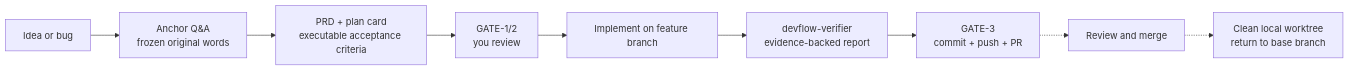
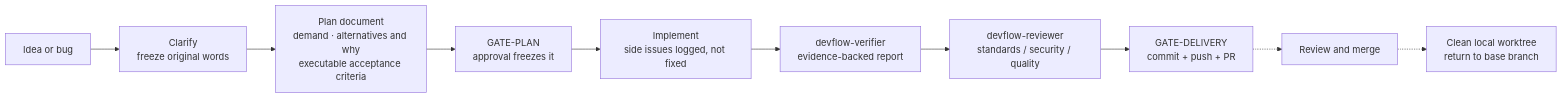
One commit to starme/devflow changed the diagram in README.md. Above: the diagram before and after it, drawn with Mermaid. The commit also changed other lines of this file and 24 other files, not shown here.

First line of the commit message:
feat!: merge the demand-side gate and add independent review

````diff
--- a/README.md
+++ b/README.md
@@ -9,11 +9,12 @@
 ```mermaid
 flowchart LR
-    A["Idea or bug"] --> Q["Anchor Q&A<br/>frozen original words"]
-    Q --> P["PRD + plan card<br/>executable acceptance criteria"]
-    P --> H1["GATE-1/2<br/>you review"]
-    H1 --> W["Implement on feature branch"]
+    A["Idea or bug"] --> Q["Clarify<br/>freeze original words"]
+    Q --> P["Plan document<br/>demand · alternatives and why<br/>executable acceptance criteria"]
+    P --> H1["GATE-PLAN<br/>approval freezes it"]
+    H1 --> W["Implement<br/>side issues logged, not fixed"]
     W --> V["devflow-verifier<br/>evidence-backed report"]
-    V --> H2["GATE-3<br/>commit + push + PR"]
-    H2 -.-> R["Review and merge"]
-    R -.-> C["Clean local worktree<br/>return to base branch"]
+    V --> R["devflow-reviewer<br/>standards / security / quality"]
+    R --> H2["GATE-DELIVERY<br/>commit + push + PR"]
+    H2 -.-> M["Review and merge"]
+    M -.-> C["Clean local worktree<br/>return to base branch"]
 ```
````
